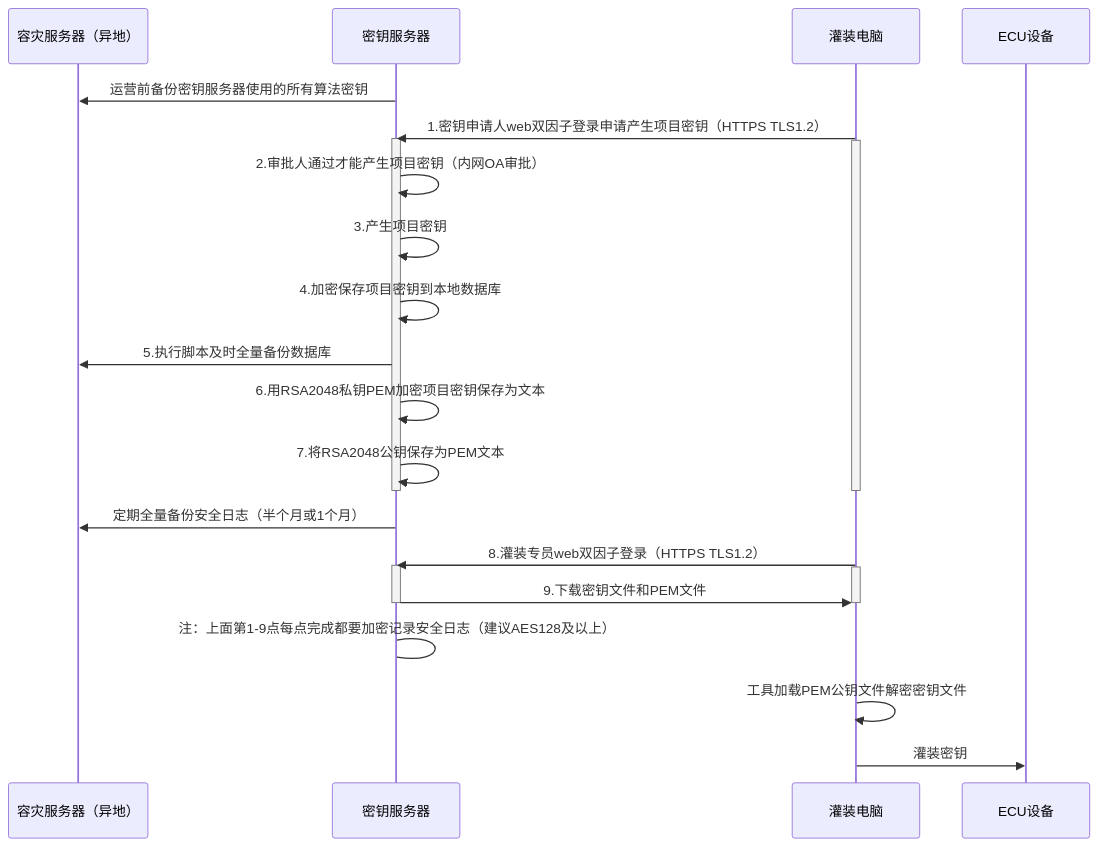
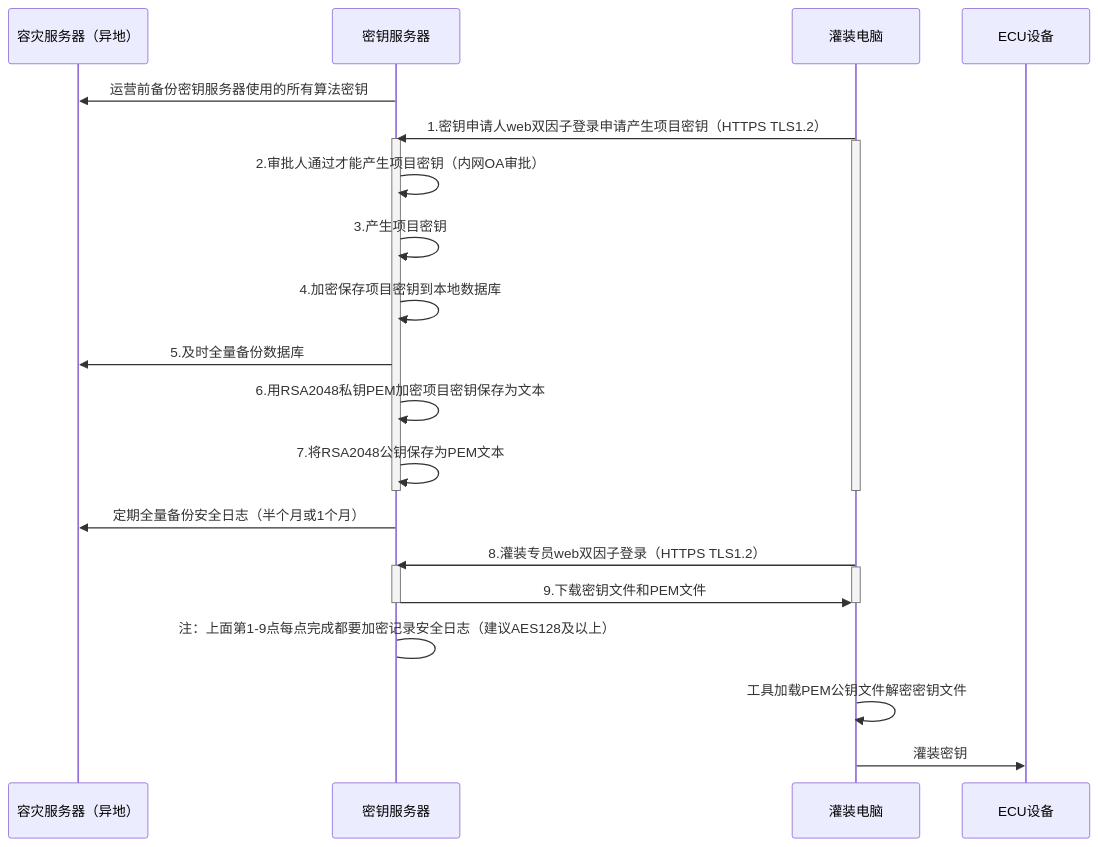
The diagram in all/未命名-15.md (facebook-cloud/iodraw-files), drawn with Mermaid before and after one commit.

Commit message:
2026-02-13 10:54:18 update

````diff
--- a/all/未命名-15.md
+++ b/all/未命名-15.md
@@ -1,34 +1,34 @@
 ```mermaid
 sequenceDiagram
     participant A as 容灾服务器（异地）
     participant B as 密钥服务器
     participant D as 灌装电脑
     participant E as ECU设备
 
     B->>A: 运营前备份密钥服务器使用的所有算法密钥
     D->>B: 1.密钥申请人web双因子登录申请产生项目密钥（HTTPS TLS1.2）
     activate B
     activate D
     B->>B: 2.审批人通过才能产生项目密钥（内网OA审批）
     B->>B: 3.产生项目密钥
     B->>B: 4.加密保存项目密钥到本地数据库
-    B->>A: 5.执行脚本及时全量备份数据库
+    B->>A: 5.及时全量备份数据库
     B->>B: 6.用RSA2048私钥PEM加密项目密钥保存为文本
     B->>B: 7.将RSA2048公钥保存为PEM文本
     deactivate B
     deactivate D
 
     B->>A: 定期全量备份安全日志（半个月或1个月）
     
     D->>B: 8.灌装专员web双因子登录（HTTPS TLS1.2）
     activate B
     activate D
     B->>D: 9.下载密钥文件和PEM文件
     deactivate B
     deactivate D
     B->B: 注：上面第1-9点每点完成都要加密记录安全日志（建议AES128及以上）
 
     D->>D:工具加载PEM公钥文件解密密钥文件
     
     D->>E: 灌装密钥
 ```
````
